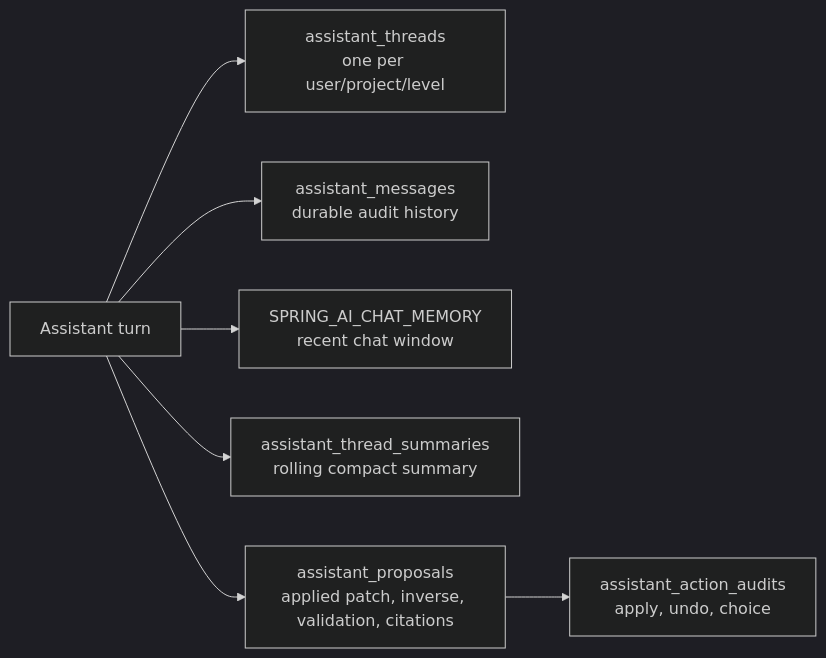
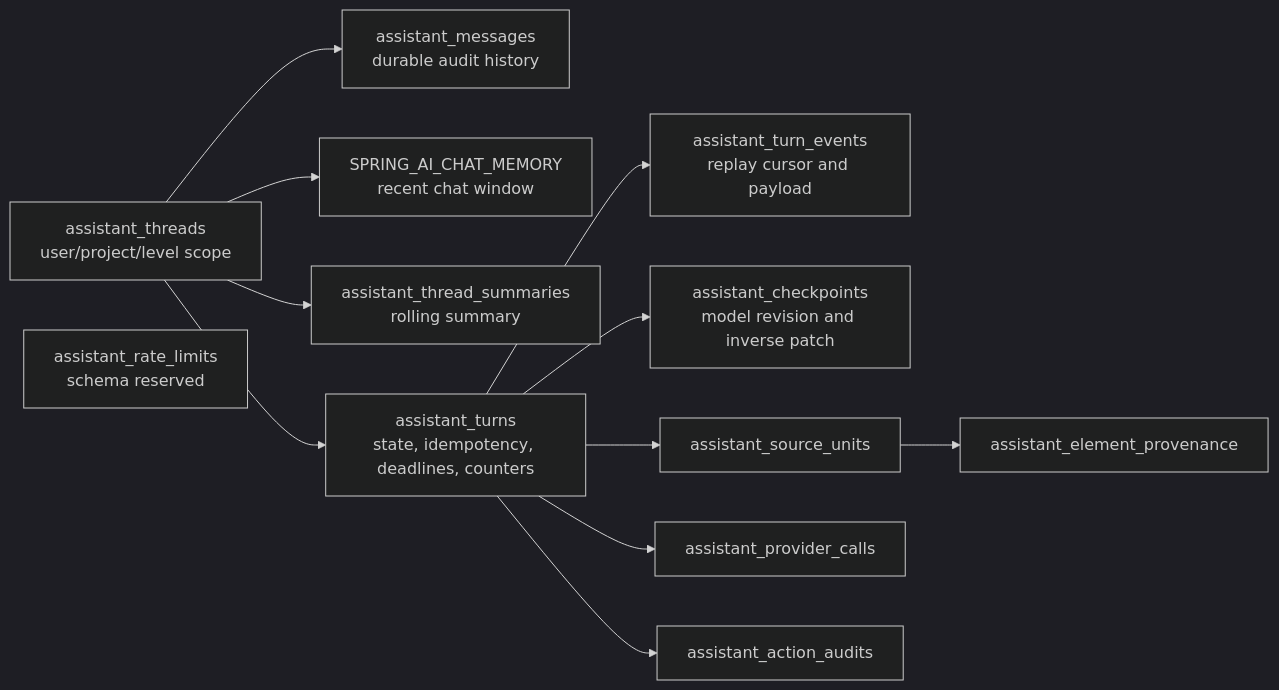
The third of 3 diagrams in docs/diagrams/16-ai-assistant-rag-and-memory.md (mehdieidi/modriss), drawn with Mermaid (dark theme) before and after one commit. The commit also changed other lines of this file and 37 other files, not shown here.

First line of the commit message:
docs: refactor AI assistant documentation and improve clarity on durable turns, checkpoints, and event handling

````diff
--- a/docs/diagrams/16-ai-assistant-rag-and-memory.md
+++ b/docs/diagrams/16-ai-assistant-rag-and-memory.md
@@ -81,17 +44,26 @@
 ```mermaid
 flowchart LR
-    turn["Assistant turn"]
-    thread["assistant_threads<br/>one per user/project/level"]
+    thread["assistant_threads<br/>user/project/level scope"]
     messages["assistant_messages<br/>durable audit history"]
     spring["SPRING_AI_CHAT_MEMORY<br/>recent chat window"]
-    summaries["assistant_thread_summaries<br/>rolling compact summary"]
-    proposals["assistant_proposals<br/>applied patch, inverse, validation, citations"]
-    audits["assistant_action_audits<br/>apply, undo, choice"]
+    summaries["assistant_thread_summaries<br/>rolling summary"]
+    turns["assistant_turns<br/>state, idempotency, deadlines, counters"]
+    events["assistant_turn_events<br/>replay cursor and payload"]
+    checkpoints["assistant_checkpoints<br/>model revision and inverse patch"]
+    sources["assistant_source_units"]
+    provenance["assistant_element_provenance"]
+    calls["assistant_provider_calls"]
+    audits["assistant_action_audits"]
+    limits["assistant_rate_limits<br/>schema reserved"]
 
-    turn --> thread
-    turn --> messages
-    turn --> spring
-    turn --> summaries
-    turn --> proposals
-    proposals --> audits
+    thread --> messages
+    thread --> spring
+    thread --> summaries
+    thread --> turns
+    turns --> events
+    turns --> checkpoints
+    turns --> sources --> provenance
+    turns --> calls
+    turns --> audits
+    limits
 ```
````
